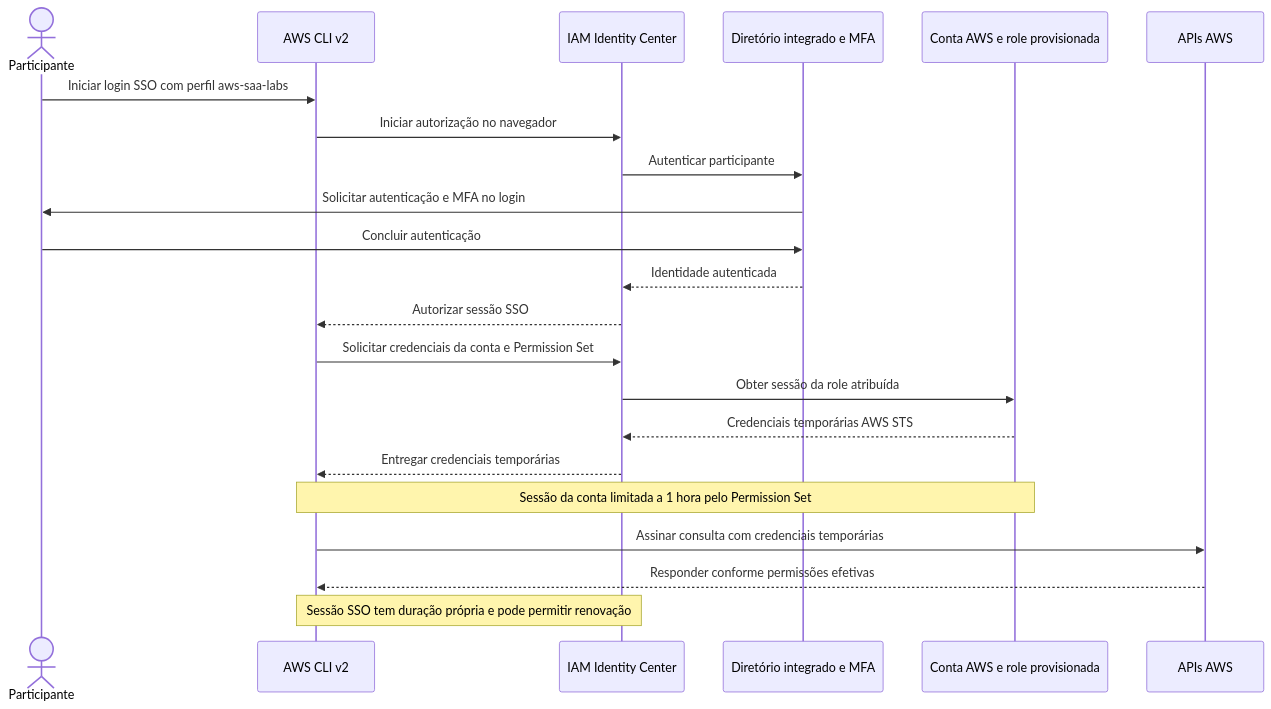
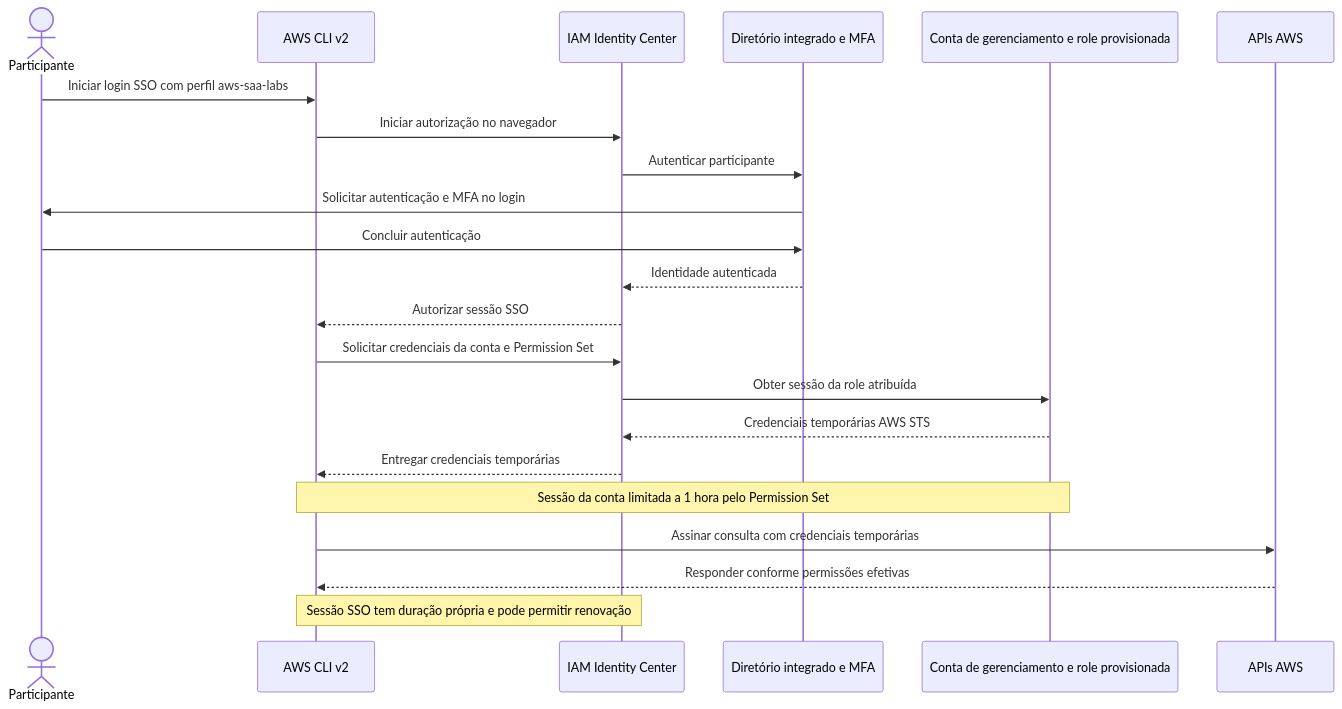
Before and after one commit to RnN90/aws-saa-labs: the second of 2 diagrams in labs/lab00-identity-governance/diagrams/identity-architecture.md, drawn with Mermaid. The commit also changed other lines of this file and 7 other files, not shown here.

Commit message:
docs(lab00): refine scope and establish cumulative lab architecture

````diff
--- a/labs/lab00-identity-governance/diagrams/identity-architecture.md
+++ b/labs/lab00-identity-governance/diagrams/identity-architecture.md
@@ -42,24 +40,24 @@
 ```mermaid
 sequenceDiagram
     actor User as Participante
     participant CLI as AWS CLI v2
     participant IC as IAM Identity Center
     participant Dir as Diretório integrado e MFA
-    participant Account as Conta AWS e role provisionada
+    participant Account as Conta de gerenciamento e role provisionada
     participant API as APIs AWS
     User->>CLI: Iniciar login SSO com perfil aws-saa-labs
     CLI->>IC: Iniciar autorização no navegador
     IC->>Dir: Autenticar participante
     Dir->>User: Solicitar autenticação e MFA no login
     User->>Dir: Concluir autenticação
     Dir-->>IC: Identidade autenticada
     IC-->>CLI: Autorizar sessão SSO
     CLI->>IC: Solicitar credenciais da conta e Permission Set
     IC->>Account: Obter sessão da role atribuída
     Account-->>IC: Credenciais temporárias AWS STS
     IC-->>CLI: Entregar credenciais temporárias
     Note over CLI,Account: Sessão da conta limitada a 1 hora pelo Permission Set
     CLI->>API: Assinar consulta com credenciais temporárias
     API-->>CLI: Responder conforme permissões efetivas
     Note over CLI,IC: Sessão SSO tem duração própria e pode permitir renovação
 ```
````
